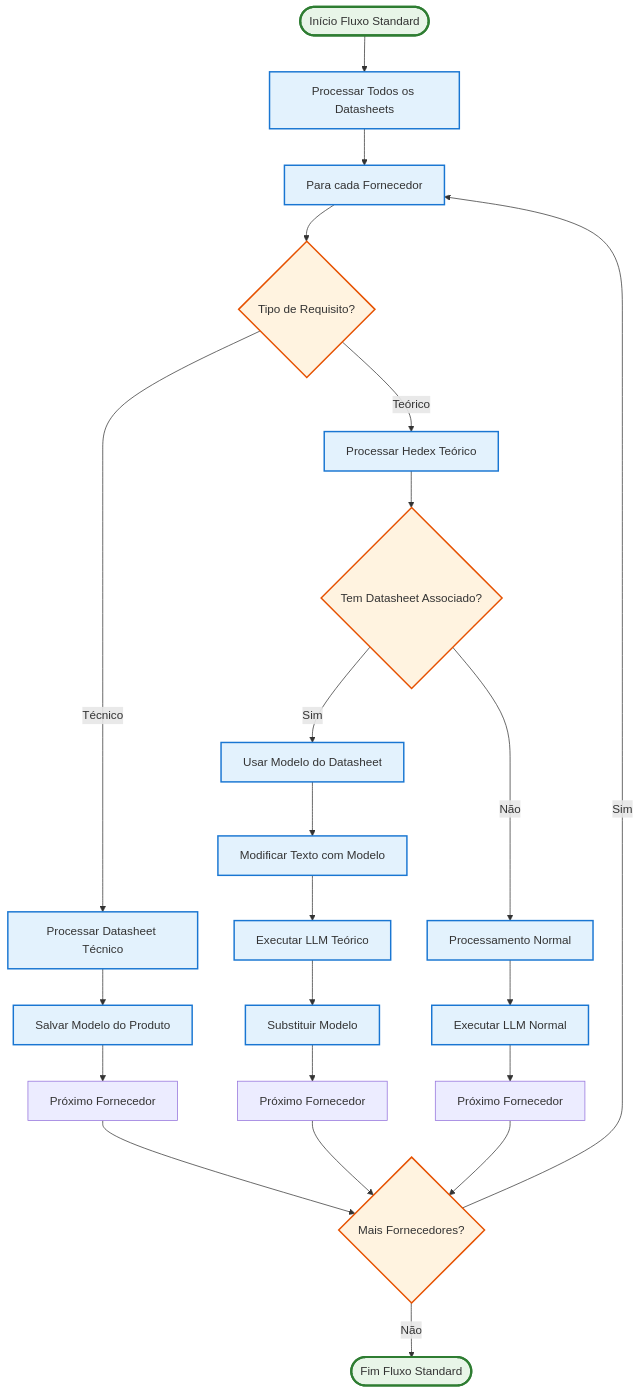
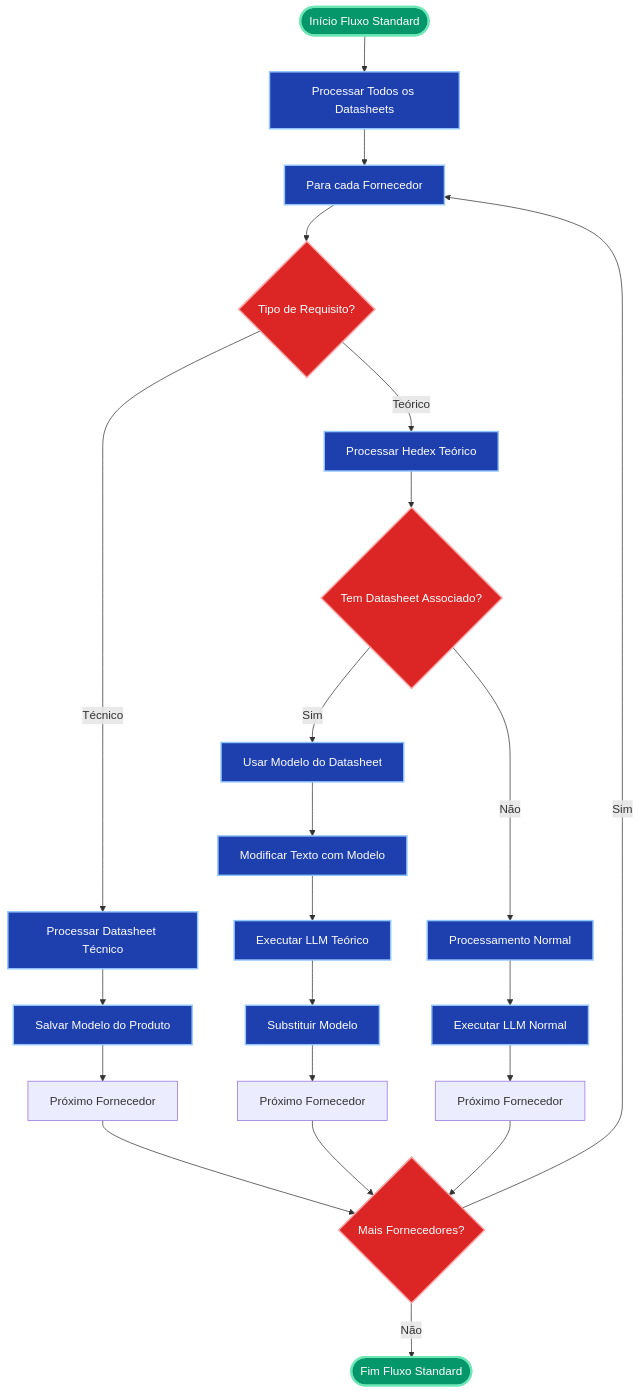
The second of 6 diagrams in README.md (ElissonRodrigues/fluxograma), drawn with Mermaid before and after one commit. The commit also changed other lines of this file, not shown here.

````diff
--- a/README.md
+++ b/README.md
@@ -54,40 +54,40 @@
 ```mermaid
 flowchart TD
     STANDARD_START([Início Fluxo Standard]) --> PROCESS_ALL[Processar Todos os Datasheets]
     
     PROCESS_ALL --> DATASHEET_LOOP[Para cada Fornecedor]
     DATASHEET_LOOP --> CHECK_TYPE{Tipo de Requisito?}
     
     CHECK_TYPE -->|Técnico| PROCESS_TECH[Processar Datasheet Técnico]
     CHECK_TYPE -->|Teórico| PROCESS_THEO[Processar Hedex Teórico]
     
     PROCESS_TECH --> SAVE_MODEL[Salvar Modelo do Produto]
     SAVE_MODEL --> NEXT_SUPPLIER1[Próximo Fornecedor]
     
     PROCESS_THEO --> CHECK_ASSOCIATED{Tem Datasheet Associado?}
     CHECK_ASSOCIATED -->|Sim| USE_MODEL[Usar Modelo do Datasheet]
     CHECK_ASSOCIATED -->|Não| PROCESS_NORMAL[Processamento Normal]
     
     USE_MODEL --> MODIFY_TEXT[Modificar Texto com Modelo]
     MODIFY_TEXT --> EXECUTE_LLM1[Executar LLM Teórico]
     EXECUTE_LLM1 --> REPLACE_MODEL[Substituir Modelo]
     REPLACE_MODEL --> NEXT_SUPPLIER2[Próximo Fornecedor]
     
     PROCESS_NORMAL --> EXECUTE_LLM2[Executar LLM Normal]
     EXECUTE_LLM2 --> NEXT_SUPPLIER3[Próximo Fornecedor]
     
     NEXT_SUPPLIER1 --> MORE_SUPPLIERS1{Mais Fornecedores?}
     NEXT_SUPPLIER2 --> MORE_SUPPLIERS1
     NEXT_SUPPLIER3 --> MORE_SUPPLIERS1
     
     MORE_SUPPLIERS1 -->|Sim| DATASHEET_LOOP
     MORE_SUPPLIERS1 -->|Não| STANDARD_END([Fim Fluxo Standard])
     
-    classDef processClass fill:#e3f2fd,stroke:#1976d2,stroke-width:2px
-    classDef decisionClass fill:#fff3e0,stroke:#e65100,stroke-width:2px
-    classDef startEndClass fill:#e8f5e8,stroke:#2e7d32,stroke-width:3px
+    classDef processClass fill:#1e40af,stroke:#93c5fd,stroke-width:2px,color:#ffffff
+    classDef decisionClass fill:#dc2626,stroke:#fca5a5,stroke-width:2px,color:#ffffff
+    classDef startEndClass fill:#059669,stroke:#6ee7b7,stroke-width:3px,color:#ffffff
     
     class PROCESS_ALL,DATASHEET_LOOP,PROCESS_TECH,PROCESS_THEO,SAVE_MODEL,USE_MODEL,MODIFY_TEXT,EXECUTE_LLM1,EXECUTE_LLM2,REPLACE_MODEL,PROCESS_NORMAL processClass
     class CHECK_TYPE,CHECK_ASSOCIATED,MORE_SUPPLIERS1 decisionClass
     class STANDARD_START,STANDARD_END startEndClass
 ```
````
